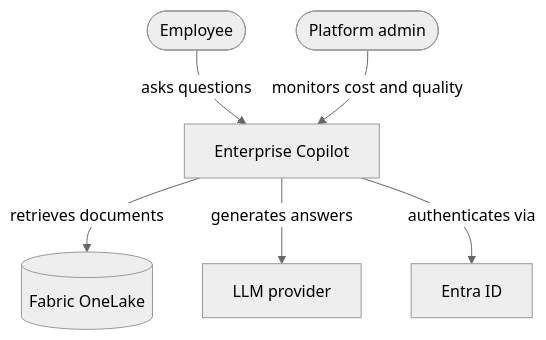
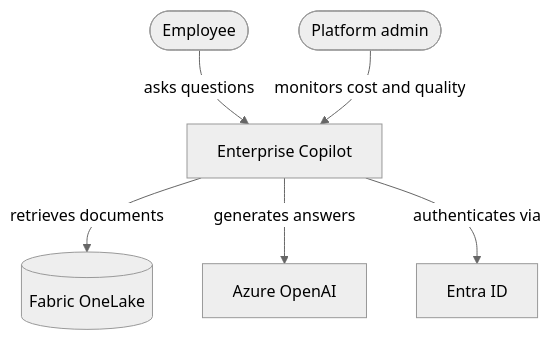
One commit to nandhinikm/ai-architect-portfolio changed the first of 2 diagrams in docs/c4/example-context.md. Above: the diagram before and after it, drawn with Mermaid (neutral theme). The commit also changed 1 other file, not shown here.

Commit message:
docs: add enterprise copilot C4 diagrams and ADR-0002

````diff
--- a/docs/c4/example-context.md
+++ b/docs/c4/example-context.md
@@ -3,8 +3,8 @@
 ```mermaid
 flowchart TB
     user([Employee]) -->|asks questions| copilot[Enterprise Copilot]
     copilot -->|retrieves documents| lake[(Fabric OneLake)]
-    copilot -->|generates answers| llm[LLM provider]
+    copilot -->|generates answers| llm[Azure OpenAI]
     copilot -->|authenticates via| idp[Entra ID]
     admin([Platform admin]) -->|monitors cost and quality| copilot
 ```
````
